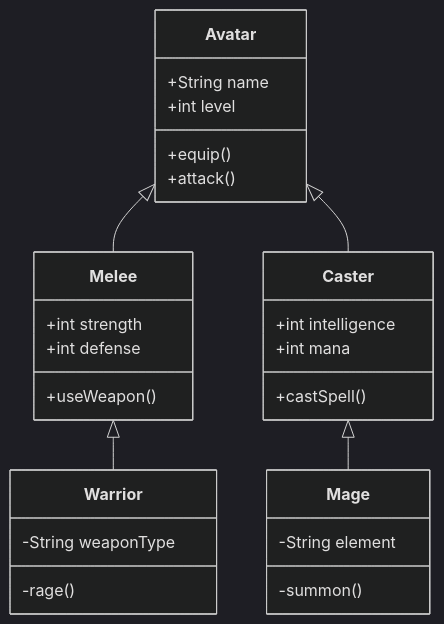
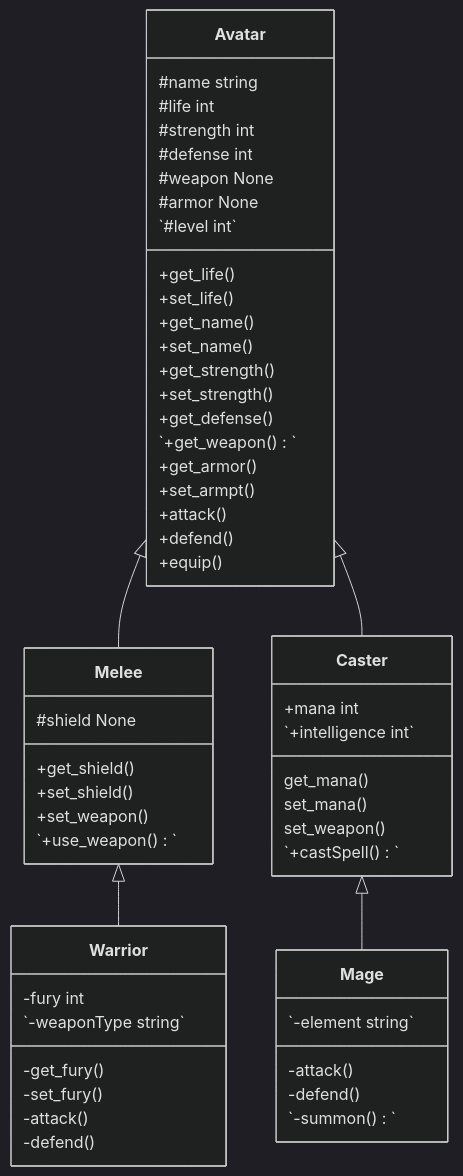
Before and after one commit to OscarYT9/Practica-1-Proyecto-de-videojuego: the first of 2 diagrams in README.md, drawn with Mermaid. The commit also changed other lines of this file, not shown here.

````diff
--- a/README.md
+++ b/README.md
@@ -12,39 +16,72 @@
 ```mermaid
 %%{init: {'theme': 'dark',
 'lineColor': '#F8B229'}}%%
 classDiagram
   Avatar <|-- Melee
   Avatar <|-- Caster
   Melee <|-- Warrior
   Caster <|-- Mage
 
   class Avatar{
-    +String name
-    +int level
+    #name string
+    #life int
+    #strength int
+    #defense int
+    #weapon  None
+    #armor   None
+    `#level int`
+    
+    +get_life()
+    +set_life()
+    +get_name()
+    +set_name()
+    +get_strength()
+    +set_strength()
+    +get_defense()
+    `+get_weapon()`
+    +get_armor()
+    +set_armpt()
+    +attack()
+    +defend()
     +equip()
-    +attack()
   }
   
   class Melee{
-    +int strength
-    +int defense
-    +useWeapon()
+	#shield None
+	
+	+get_shield()
+	+set_shield()
+    +set_weapon()
+    `+use_weapon()`
   }
   
   class Caster{
-    +int intelligence
-    +int mana
-    +castSpell()
+    +mana int
+    `+intelligence int`
+    
+	 get_mana()
+	 set_mana()
+	 set_weapon()
+    `+castSpell()`
   }
   
   class Warrior{
-    -String weaponType
-    -rage()
+    -fury int
+    `-weaponType string`
+    
+    -get_fury()
+    -set_fury()
+    -attack()
+    -defend()
   }
   
   class Mage{
-    -String element
-    -summon()
+    `-element string`
+    
+    -attack()
+    -defend()
+    `-summon()`
 }
 
+
 ```
````
